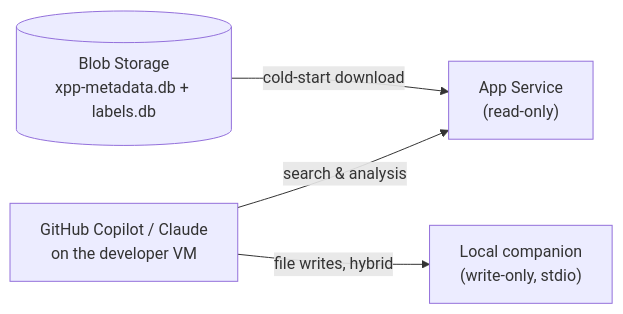
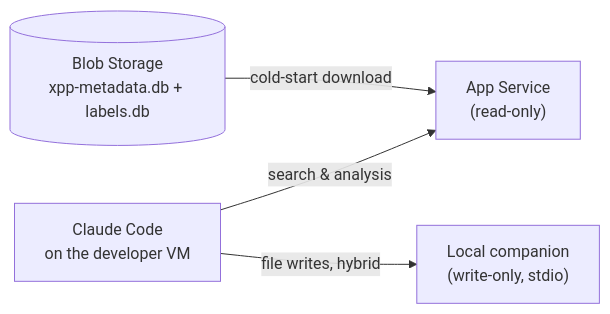
One commit to tfranczyk/d365fo-mcp-server changed the diagram in docs/SETUP_AZURE.md. Above: the diagram before and after it, drawn with Mermaid. The commit also changed other lines of this file and 10 other files, not shown here.

First line of the commit message:
Docs: Claude Code only, point to the two root deployment guides, fix repo URLs

````diff
--- a/docs/SETUP_AZURE.md
+++ b/docs/SETUP_AZURE.md
@@ -33,6 +35,6 @@
 ```mermaid
 graph LR
-    COP[GitHub Copilot / Claude<br/>on the developer VM] -->|search & analysis| APP["App Service<br/>(read-only)"]
+    COP[Claude Code<br/>on the developer VM] -->|search & analysis| APP["App Service<br/>(read-only)"]
     COP -->|file writes, hybrid| LOCAL["Local companion<br/>(write-only, stdio)"]
     BLOB[("Blob Storage<br/>xpp-metadata.db + labels.db")] -->|cold-start download| APP
 ```
````
